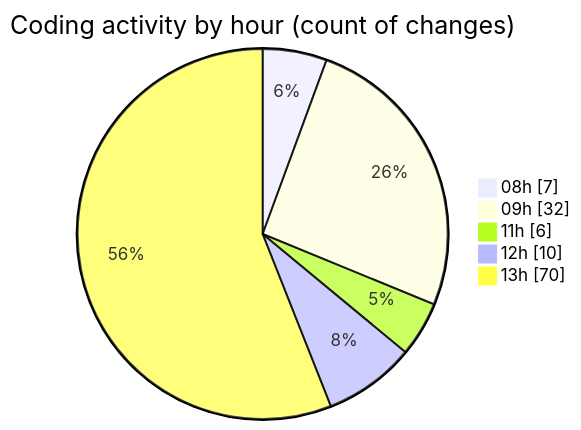
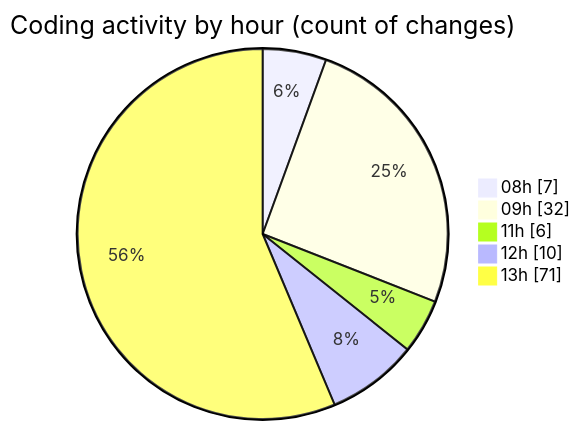
The second of 2 diagrams in 2026-09-04/cda/README.md (momahboobian/code-tracking), drawn with Mermaid before and after one commit. The commit also changed other lines of this file and 1 other file, not shown here.

````diff
--- a/2026-09-04/cda/README.md
+++ b/2026-09-04/cda/README.md
@@ -69,9 +69,9 @@
 ```mermaid
 pie showData
 title Coding activity by hour (count of changes)
 "08h" : 7
 "09h" : 32
 "11h" : 6
 "12h" : 10
-"13h" : 70
+"13h" : 71
 ```
````
